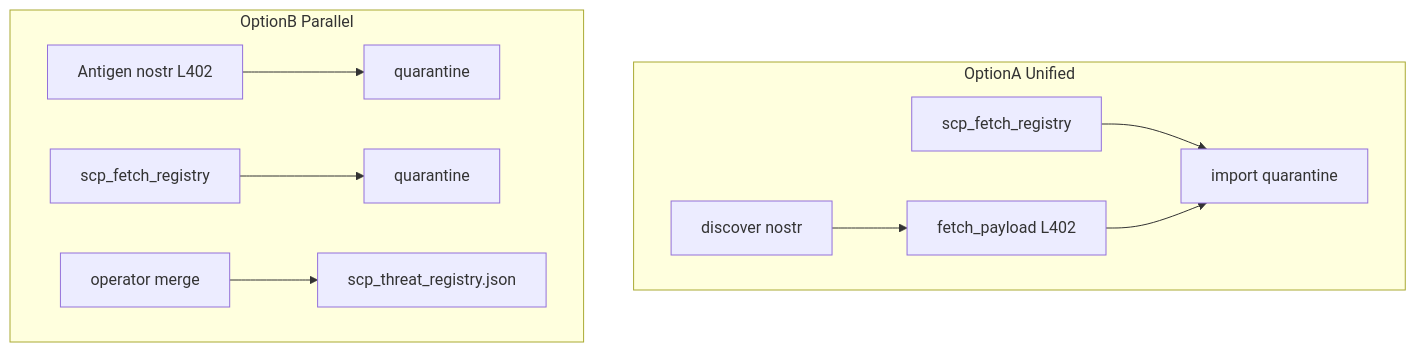
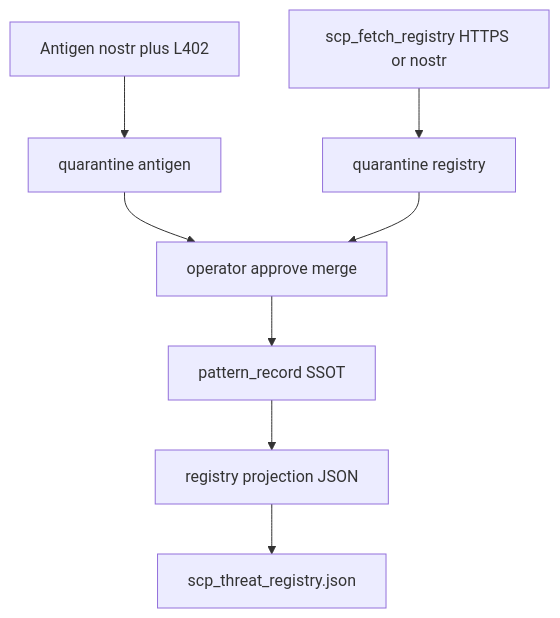
Before and after one commit to ManintheCrowds/SCP: the diagram in docs/SCP_R1_R4_SPIKE_KICKOFF.md, drawn with Mermaid. The commit also changed other lines of this file and 2 other files, not shown here.

Commit message:
docs: SCP-R1+R4 threat pattern and fetch registry spec

````diff
--- a/docs/SCP_R1_R4_SPIKE_KICKOFF.md
+++ b/docs/SCP_R1_R4_SPIKE_KICKOFF.md
@@ -54,13 +37,14 @@
 ```mermaid
 flowchart TB
-  subgraph optionA [OptionA Unified]
-    discover[discover nostr] --> fetchL402[fetch_payload L402]
-    fetchHTTPS[scp_fetch_registry] --> importQ[import quarantine]
-    fetchL402 --> importQ
-  end
-  subgraph optionB [OptionB Parallel]
-    antigenPath[Antigen nostr L402] --> quarantineA[quarantine]
-    myceliumPath[scp_fetch_registry] --> quarantineB[quarantine]
-    mergeOp[operator merge] --> localReg[scp_threat_registry.json]
-  end
+  antigenPath[Antigen nostr plus L402] --> quarantineA[quarantine antigen]
+  myceliumPath[scp_fetch_registry HTTPS or nostr] --> quarantineB[quarantine registry]
+  mergeOp[operator approve merge]
+  ssot[pattern_record SSOT]
+  proj[registry projection JSON]
+  localReg[scp_threat_registry.json]
+  quarantineA --> mergeOp
+  quarantineB --> mergeOp
+  mergeOp --> ssot
+  ssot --> proj
+  proj --> localReg
 ```
````
